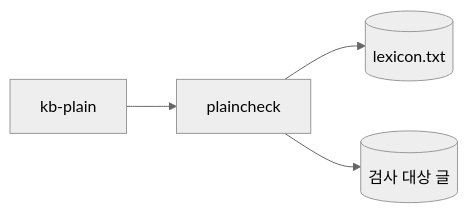
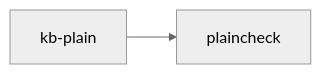
The sixth of 7 diagrams in core/.agents/review/07-스킬별-종속.md (alteralab/syntopicon), drawn with Mermaid (neutral theme) before and after one commit. The commit also changed other lines of this file and 1 other file, not shown here.

````diff
--- a/core/.agents/review/07-스킬별-종속.md
+++ b/core/.agents/review/07-스킬별-종속.md
@@ -205,7 +81,4 @@
 ```mermaid
 graph LR
-    S["kb-plain"]
-    S --> T1["plaincheck"]
-    T1 --> D_lex[("lexicon.txt")]
-    T1 --> D_out[("검사 대상 글")]
+    S["kb-plain"] --> A["plaincheck"]
 ```
````
